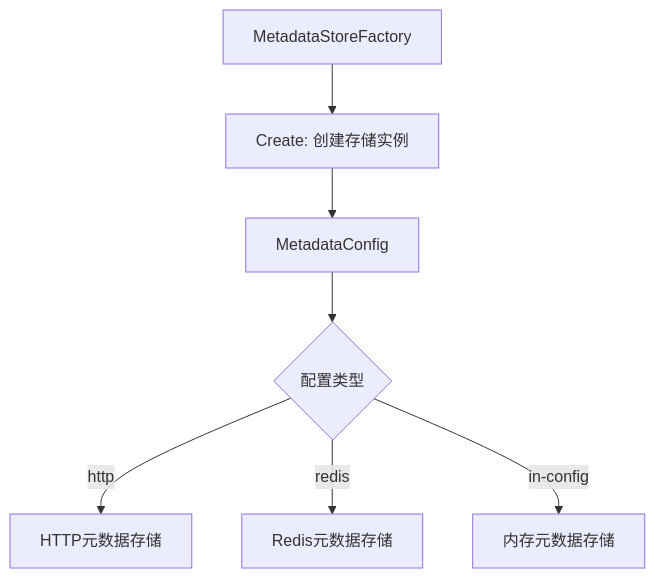
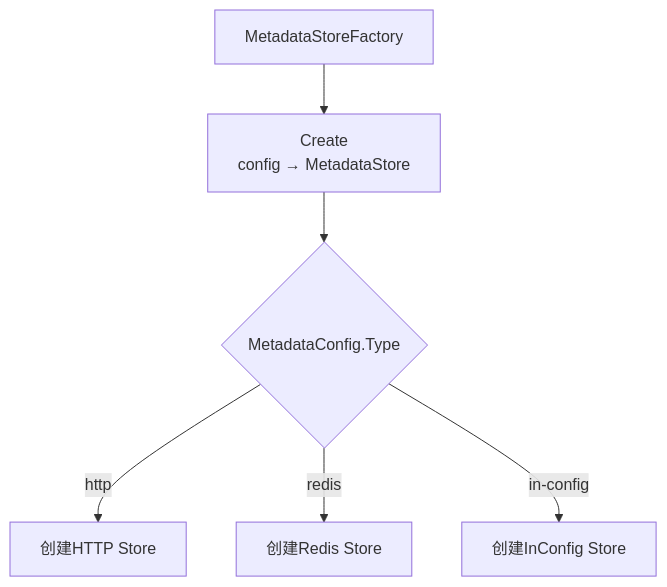
Before and after one commit to LerkoX/flowx: the second of 5 diagrams in metadata/FLOWS.md, drawn with Mermaid. The commit also changed other lines of this file and 6 other files, not shown here.

First line of the commit message:
docs: enhance module flow diagrams with detailed implementation flows

````diff
--- a/metadata/FLOWS.md
+++ b/metadata/FLOWS.md
@@ -22,10 +15,9 @@
 ```mermaid
 flowchart TD
-    A[MetadataStoreFactory] --> B[Create: 创建存储实例]
-    B --> C[MetadataConfig]
-    
-    C --> D{配置类型}
-    D -->|http| E[HTTP元数据存储]
-    D -->|redis| F[Redis元数据存储]
-    D -->|in-config| G[内存元数据存储]
+    A[MetadataStoreFactory] --> B[Create<br/>config → MetadataStore]
+
+    B --> C{MetadataConfig.Type}
+    C -->|"http"| D[创建HTTP Store]
+    C -->|"redis"| E[创建Redis Store]
+    C -->|"in-config"| F[创建InConfig Store]
 ```
````
